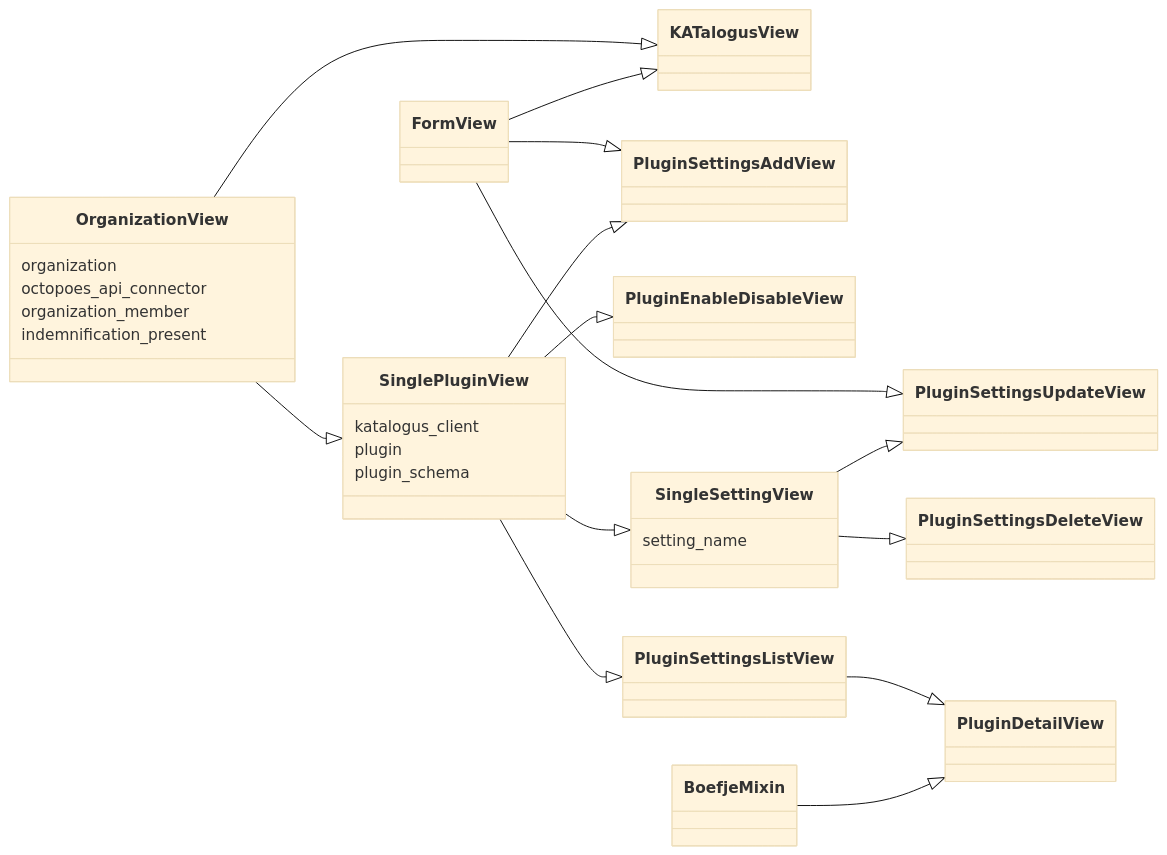
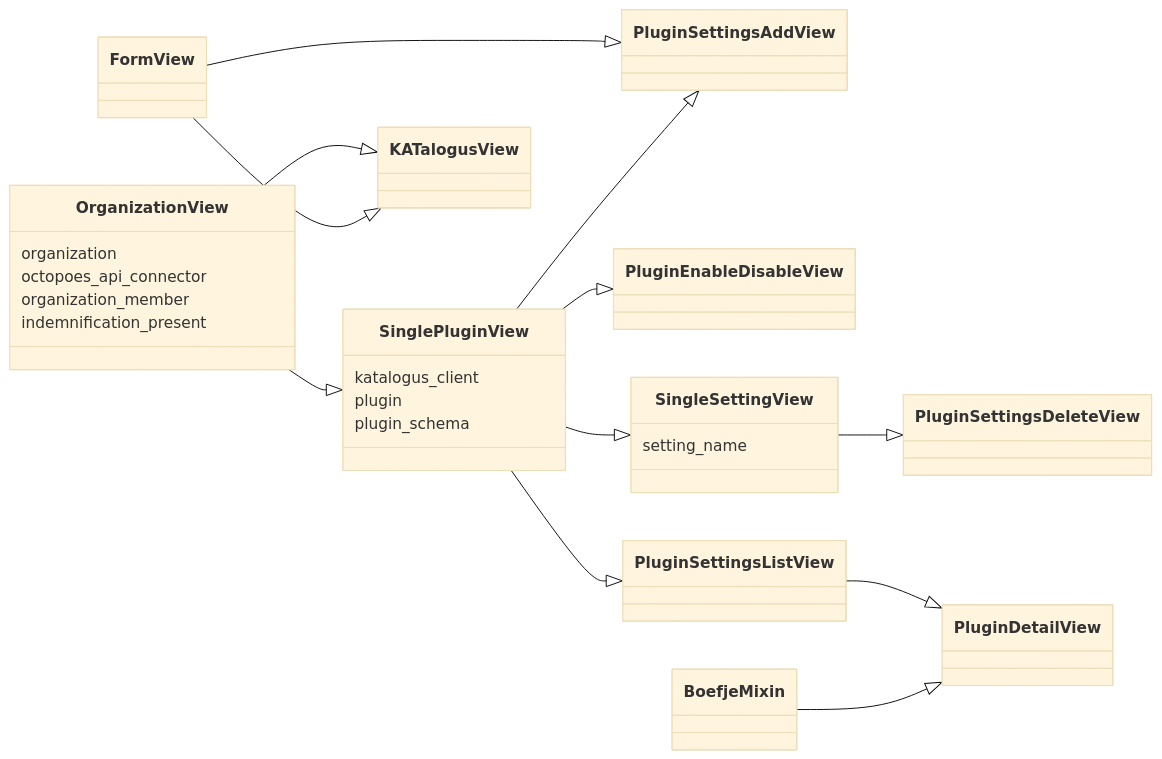
The fourth of 4 diagrams in docs/source/developer_documentation/rocky.md (minvws/nl-kat-coordination), drawn with Mermaid (base theme) before and after one commit.

Commit message:
Update view diagram

````diff
--- a/docs/source/developer_documentation/rocky.md
+++ b/docs/source/developer_documentation/rocky.md
@@ -133,41 +133,38 @@
 ```{mermaid}
 classDiagram
 direction RL
     class FormView
     class OrganizationView
     class SinglePluginView
     class KATalogusView
     class PluginSettingsAddView
     class PluginEnableDisableView
     class SingleSettingView
     class PluginSettingsListView
 
     OrganizationView : organization
     OrganizationView : octopoes_api_connector
     OrganizationView : organization_member
     OrganizationView : indemnification_present
 
     SinglePluginView : katalogus_client
     SinglePluginView : plugin
     SinglePluginView : plugin_schema
 
     SingleSettingView : setting_name
 
-    class PluginSettingsUpdateView
     class PluginSettingsDeleteView
     class PluginDetailView
 
     KATalogusView  <|--  OrganizationView
     KATalogusView  <|--  FormView
     SinglePluginView  <|--  OrganizationView
     SingleSettingView  <|--  SinglePluginView
     PluginDetailView  <|--  PluginSettingsListView
     PluginDetailView  <|--  BoefjeMixin
     PluginEnableDisableView  <|--  SinglePluginView
     PluginSettingsAddView  <|--  FormView
     PluginSettingsAddView  <|--  SinglePluginView
     PluginSettingsDeleteView  <|--  SingleSettingView
-    PluginSettingsUpdateView  <|--  FormView
-    PluginSettingsUpdateView  <|--  SingleSettingView
     PluginSettingsListView  <|--  SinglePluginView
 ```
````
